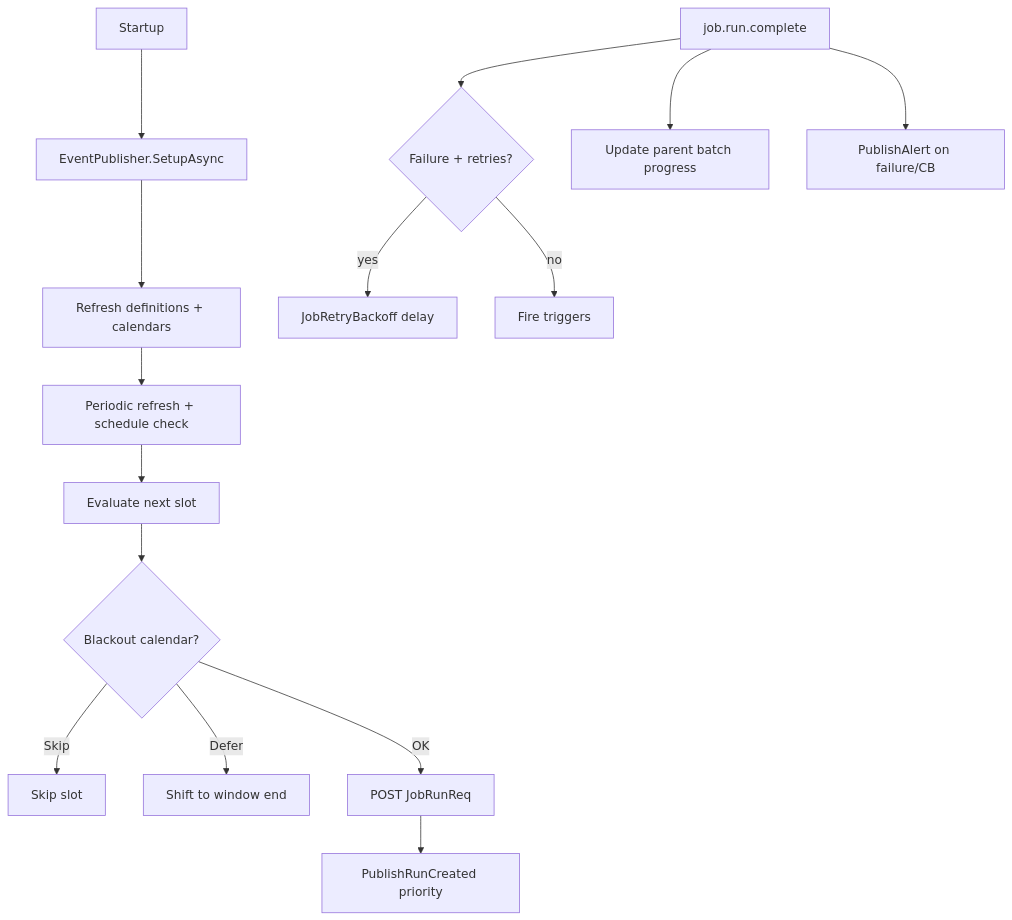
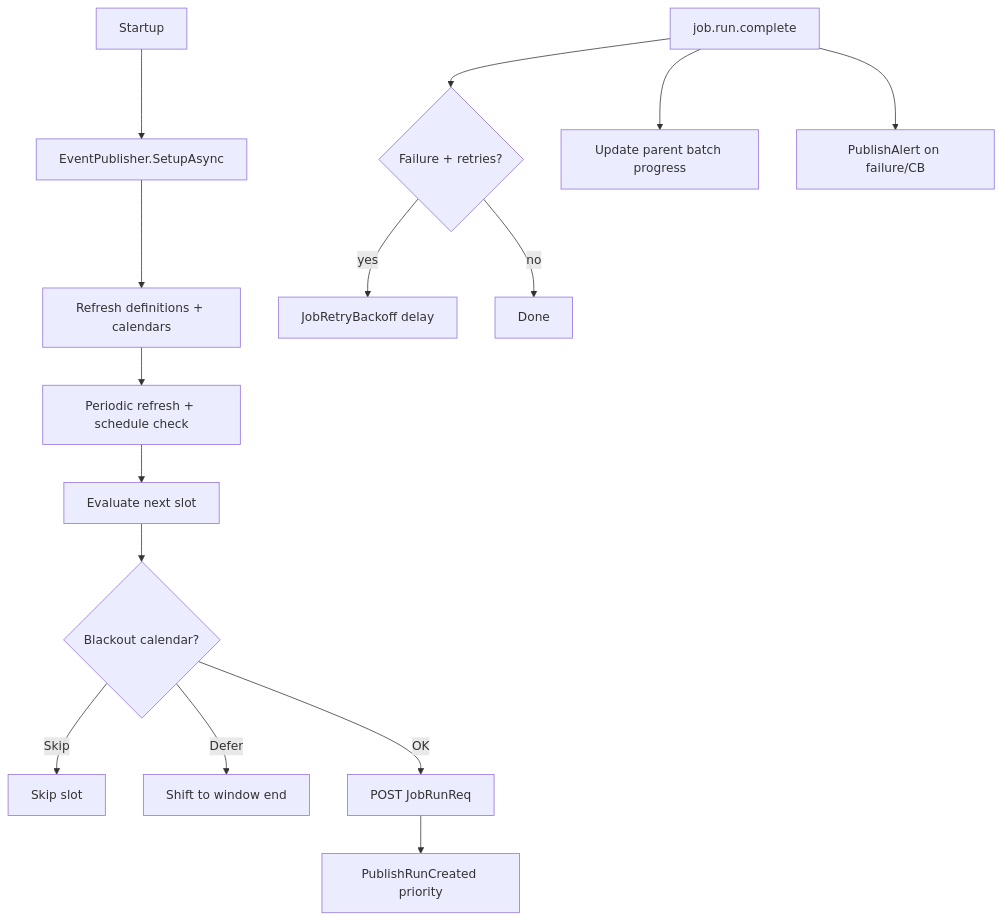
One commit to MJWherry/Lyo changed the diagram in Lyo.Net/Apps/Job/Lyo.Job.Scheduler/README.md. Above: the diagram before and after it, drawn with Mermaid. The commit also changed other lines of this file and 4974 other files, not shown here.

````diff
--- a/Lyo.Net/Apps/Job/Lyo.Job.Scheduler/README.md
+++ b/Lyo.Net/Apps/Job/Lyo.Job.Scheduler/README.md
@@ -96,17 +95,17 @@
 ```mermaid
 flowchart TB
     start[Startup] --> setup[EventPublisher.SetupAsync]
     setup --> refresh[Refresh definitions + calendars]
     refresh --> loops[Periodic refresh + schedule check]
     loops --> eval[Evaluate next slot]
     eval --> cal{Blackout calendar?}
     cal -->|Skip| skip[Skip slot]
     cal -->|Defer| defer[Shift to window end]
     cal -->|OK| create[POST JobRunReq]
     create --> mq[PublishRunCreated priority]
     finish[job.run.complete] --> retry{Failure + retries?}
     retry -->|yes| backoff[JobRetryBackoff delay]
-    retry -->|no| trig[Fire triggers]
+    retry -->|no| done[Done]
     finish --> batch[Update parent batch progress]
     finish --> alert[PublishAlert on failure/CB]
 ```
````
